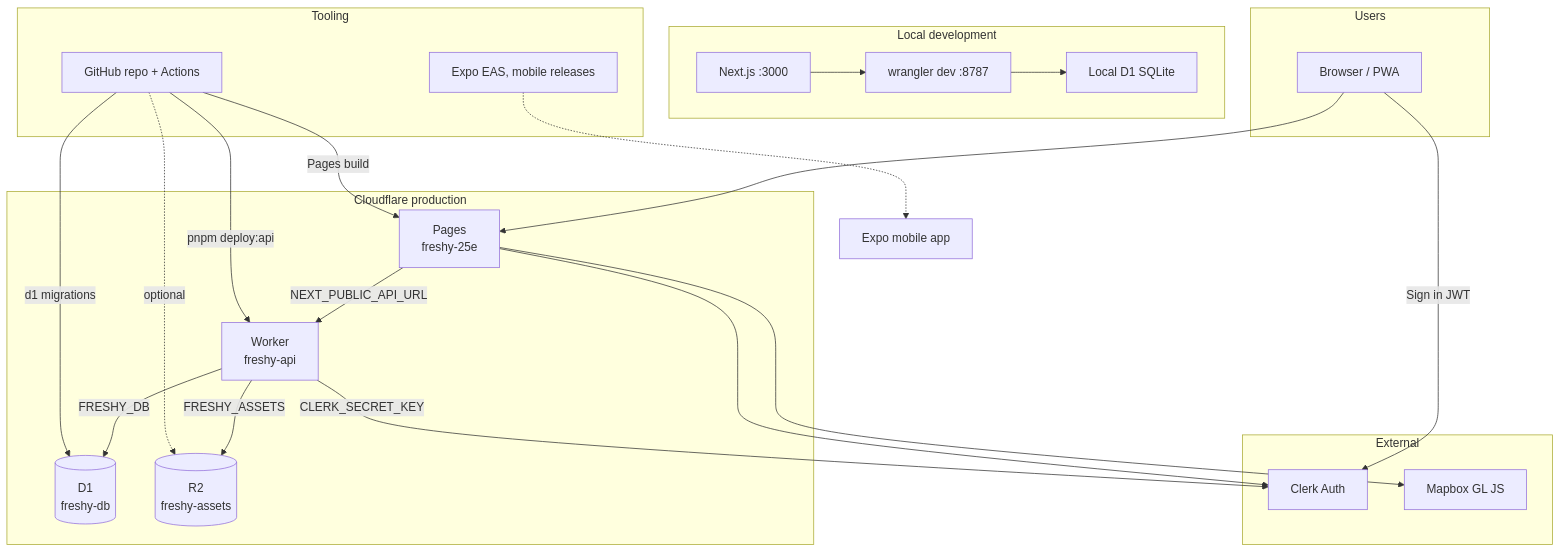
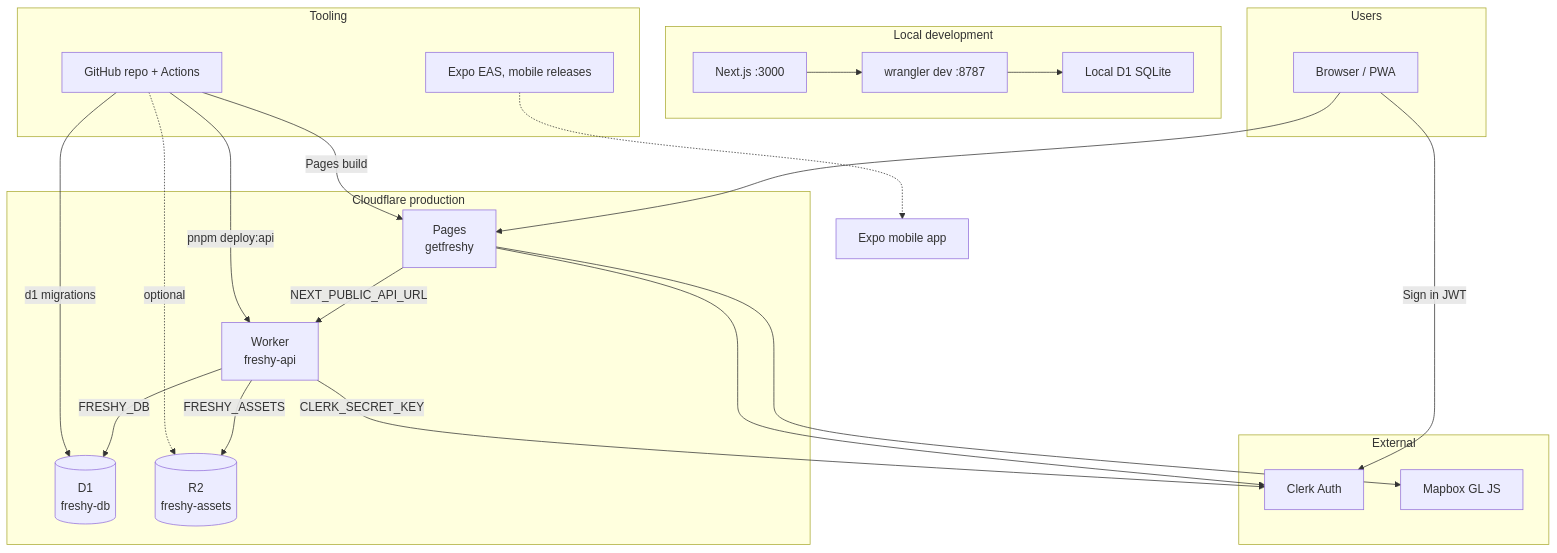
The first of 2 diagrams in docs/platforms.md (alexandrelheinen/freshy), drawn with Mermaid before and after one commit. The commit also changed other lines of this file and 23 other files, not shown here.

````diff
--- a/docs/platforms.md
+++ b/docs/platforms.md
@@ -33,45 +33,45 @@
 ```mermaid
 flowchart TB
     subgraph users [Users]
         Browser[Browser / PWA]
     end
 
     subgraph cf [Cloudflare production]
-        Pages["Pages<br/>freshy-25e"]
+        Pages["Pages<br/>getfreshy"]
         Worker["Worker<br/>freshy-api"]
         D1[(D1<br/>freshy-db)]
         R2[(R2<br/>freshy-assets)]
     end
 
     subgraph external [External]
         Clerk[Clerk Auth]
         Mapbox[Mapbox GL JS]
     end
 
     subgraph dev [Local development]
         LocalWeb[Next.js :3000]
         LocalWorker[wrangler dev :8787]
         LocalD1[Local D1 SQLite]
     end
 
     subgraph tooling [Tooling]
         GitHub[GitHub repo + Actions]
         EAS[Expo EAS, mobile releases]
     end
 
     Browser --> Pages
     Pages -->|NEXT_PUBLIC_API_URL| Worker
     Pages --> Mapbox
     Pages --> Clerk
     Worker -->|FRESHY_DB| D1
     Worker -->|FRESHY_ASSETS| R2
     Worker -->|CLERK_SECRET_KEY| Clerk
     Browser -->|Sign in JWT| Clerk
 
     LocalWeb --> LocalWorker --> LocalD1
     GitHub -->|Pages build| Pages
     GitHub -->|pnpm deploy:api| Worker
     GitHub -->|d1 migrations| D1
     GitHub -.->|optional| R2
     EAS -.-> Mobile[Expo mobile app]
 ```
````
